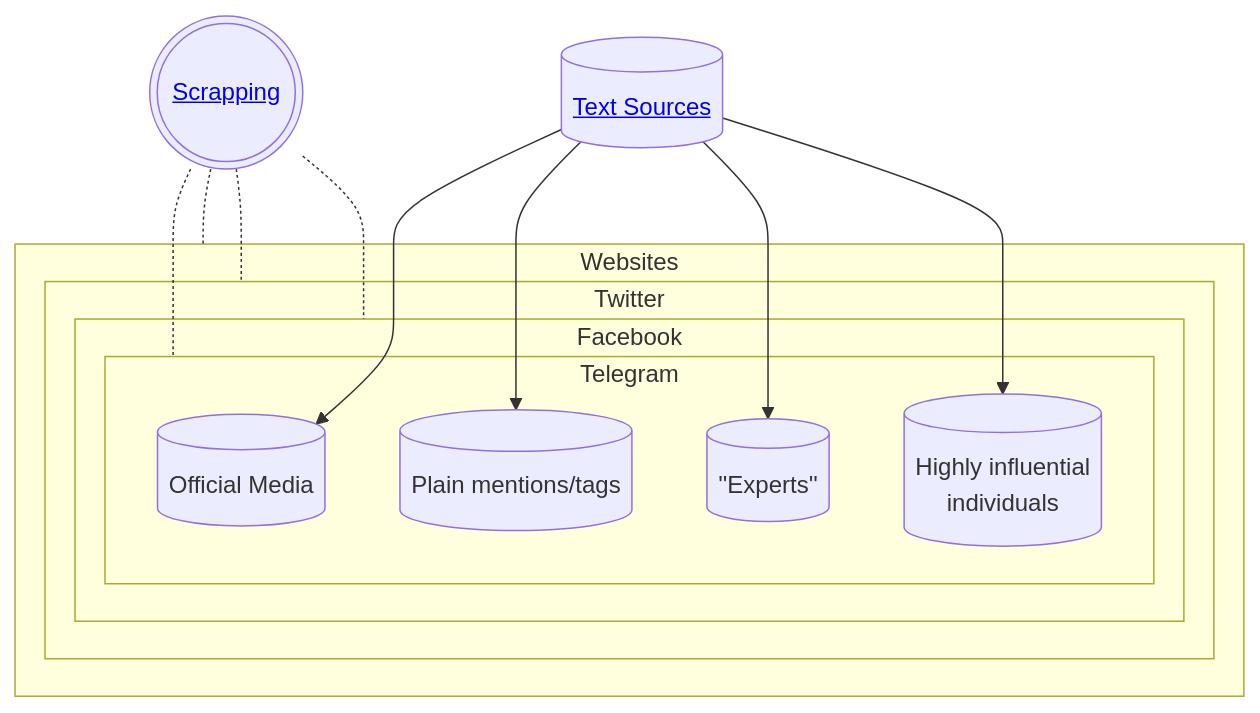
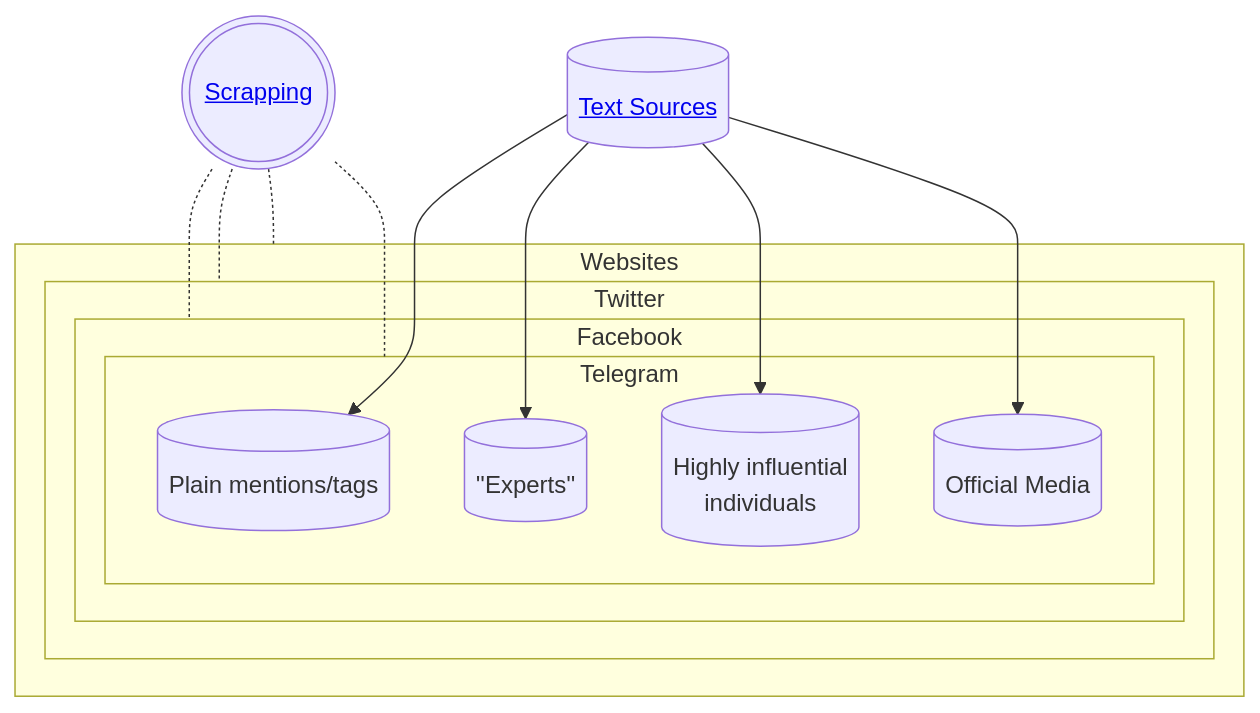
One commit to completelyboofyblitzed/STOCK-MARKET-NLP changed the second of 2 diagrams in README.md. Above: the diagram before and after it, drawn with Mermaid.

````diff
--- a/README.md
+++ b/README.md
@@ -43,30 +43,29 @@
 ```mermaid
 %%{init: {"theme": "default","fontFamily": "cursive", "sequence": { "securityLevel":"loose" }}}%%
 graph TD
     classDef containers fill:#E6E1F7
     %% Nw(((Websites)))
     %% Tw(((Tweets)))
     Sc(((<a href='https://github.com/completelyboofyblitzed/NLP-in-STOCK-MARKET/blob/main/README.md#scrapping'>Scrapping</a>)))
     Ts[(<a href='https://github.com/completelyboofyblitzed/NLP-in-STOCK-MARKET/blob/main/README.md#text-sources'>Text Sources</a>)]
     subgraph Ws [Websites]
         subgraph Tw [Twitter]
             subgraph Fb [Facebook]
                 subgraph Tg [Telegram]
-                Of[(Official Media)]
                 Cm[(Plain mentions/tags)]
                 Ex[("''Experts''")]
                 In[(Highly influential<br> individuals)]
-
+                Of[(Official Media)]
                 end
             end
         end
     end
     Ts-->Cm
     Ts-->Ex
     Ts-->In
     Ts-->Of
     Sc-.-Fb
     Sc-.-Tw
     Sc-.-Ws
     Sc-.-Tg
 ```
````
